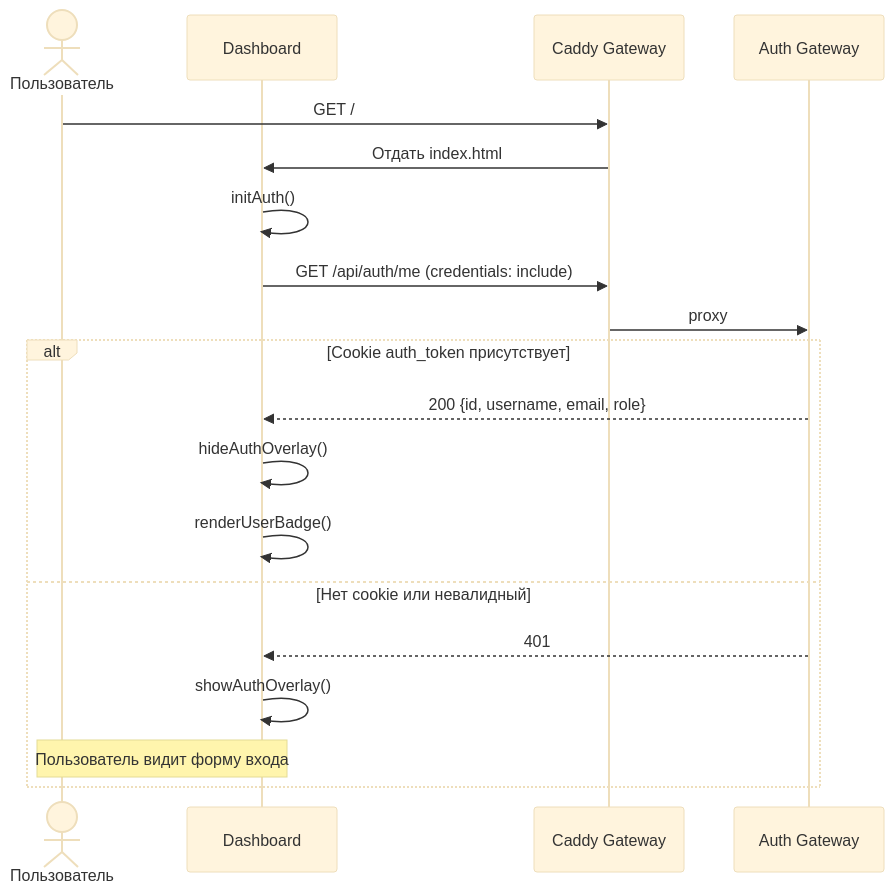
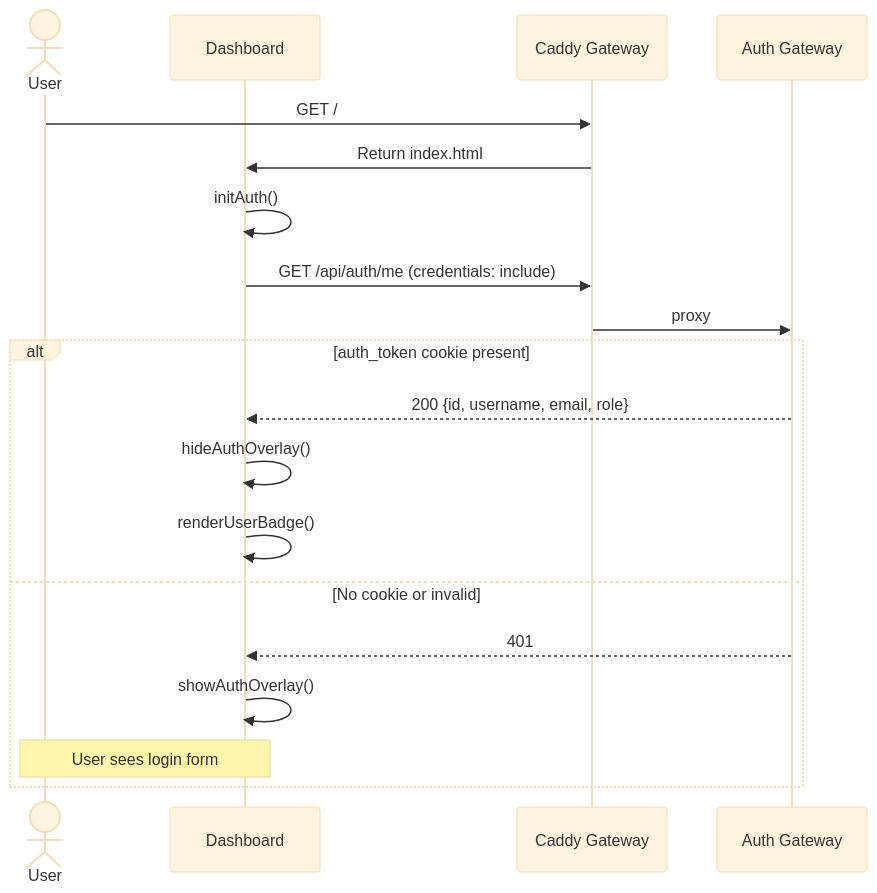
The seventh of 13 diagrams in ARCHITECTURE.md (Finc8888/Dashboard), drawn with Mermaid (base theme) before and after one commit. The commit also changed other lines of this file and 4 other files, not shown here.

````diff
--- a/ARCHITECTURE.md
+++ b/ARCHITECTURE.md
@@ -523,22 +523,22 @@
 ```mermaid
 sequenceDiagram
-    actor U as Пользователь
+    actor U as User
     participant D as Dashboard
     participant GW as Caddy Gateway
     participant A as Auth Gateway
 
     U->>GW: GET /
-    GW->>D: Отдать index.html
+    GW->>D: Return index.html
     D->>D: initAuth()
     D->>GW: GET /api/auth/me (credentials: include)
     GW->>A: proxy
-    alt Cookie auth_token присутствует
+    alt auth_token cookie present
         A-->>D: 200 {id, username, email, role}
         D->>D: hideAuthOverlay()
         D->>D: renderUserBadge()
-    else Нет cookie или невалидный
+    else No cookie or invalid
         A-->>D: 401
         D->>D: showAuthOverlay()
-        Note over U,D: Пользователь видит форму входа
+        Note over U,D: User sees login form
     end
 ```
````
